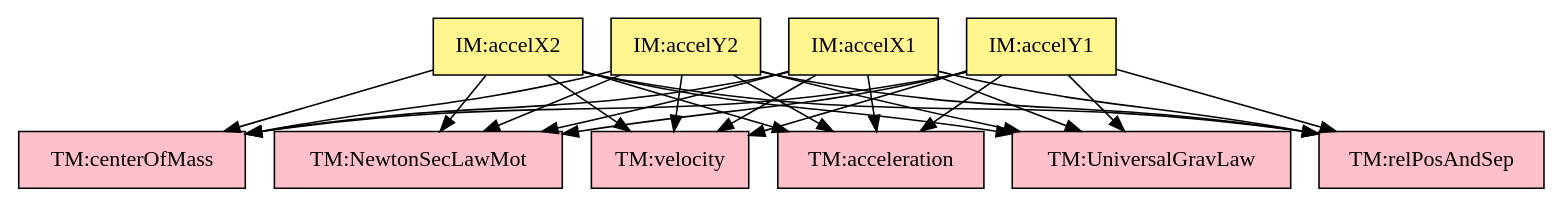
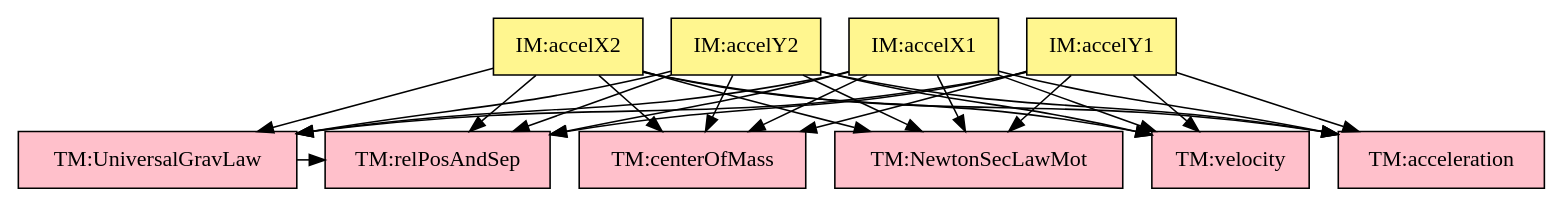
One commit to Xinlu-Y/Drasil changed the diagram in code/stable/bss/TraceyGraph/refvsref.dot. Above: the diagram before and after it, drawn with Graphviz. The commit also changed 11 other files, not shown here.

```diff
--- a/code/stable/bss/TraceyGraph/refvsref.dot
+++ b/code/stable/bss/TraceyGraph/refvsref.dot
@@ -1,50 +1,51 @@
 digraph refvsref {
+	"theory:fOfGravity" -> "theory:r_12";
 	"theory:accelIMX1" -> "theory:centerOfMassCS";
 	"theory:accelIMX1" -> "theory:newtonSL";
 	"theory:accelIMX1" -> "theory:velocityTM";
 	"theory:accelIMX1" -> "theory:accelerationTM";
-	"theory:accelIMX1" -> "theory:force";
+	"theory:accelIMX1" -> "theory:fOfGravity";
 	"theory:accelIMX1" -> "theory:r_12";
 	"theory:accelIMY1" -> "theory:centerOfMassCS";
 	"theory:accelIMY1" -> "theory:newtonSL";
 	"theory:accelIMY1" -> "theory:velocityTM";
 	"theory:accelIMY1" -> "theory:accelerationTM";
-	"theory:accelIMY1" -> "theory:force";
+	"theory:accelIMY1" -> "theory:fOfGravity";
 	"theory:accelIMY1" -> "theory:r_12";
 	"theory:accelIMX2" -> "theory:centerOfMassCS";
 	"theory:accelIMX2" -> "theory:newtonSL";
 	"theory:accelIMX2" -> "theory:velocityTM";
 	"theory:accelIMX2" -> "theory:accelerationTM";
-	"theory:accelIMX2" -> "theory:force";
+	"theory:accelIMX2" -> "theory:fOfGravity";
 	"theory:accelIMX2" -> "theory:r_12";
 	"theory:accelIMY2" -> "theory:centerOfMassCS";
 	"theory:accelIMY2" -> "theory:newtonSL";
 	"theory:accelIMY2" -> "theory:velocityTM";
 	"theory:accelIMY2" -> "theory:accelerationTM";
-	"theory:accelIMY2" -> "theory:force";
+	"theory:accelIMY2" -> "theory:fOfGravity";
 	"theory:accelIMY2" -> "theory:r_12";
 
 
 	"theory:centerOfMassCS"	[shape=box, color=black, style=filled, fillcolor=pink, label="TM:centerOfMass"];
 	"theory:newtonSL"	[shape=box, color=black, style=filled, fillcolor=pink, label="TM:NewtonSecLawMot"];
 	"theory:velocityTM"	[shape=box, color=black, style=filled, fillcolor=pink, label="TM:velocity"];
 	"theory:accelerationTM"	[shape=box, color=black, style=filled, fillcolor=pink, label="TM:acceleration"];
-	"theory:force"	[shape=box, color=black, style=filled, fillcolor=pink, label="TM:UniversalGravLaw"];
+	"theory:fOfGravity"	[shape=box, color=black, style=filled, fillcolor=pink, label="TM:UniversalGravLaw"];
 	"theory:r_12"	[shape=box, color=black, style=filled, fillcolor=pink, label="TM:relPosAndSep"];
 
 	subgraph TM {
 	rank="same"
-	{"theory:centerOfMassCS", "theory:newtonSL", "theory:velocityTM", "theory:accelerationTM", "theory:force", "theory:r_12"}
+	{"theory:centerOfMassCS", "theory:newtonSL", "theory:velocityTM", "theory:accelerationTM", "theory:fOfGravity", "theory:r_12"}
 	}
 
 	"theory:accelIMX1"	[shape=box, color=black, style=filled, fillcolor=khaki1, label="IM:accelX1"];
 	"theory:accelIMY1"	[shape=box, color=black, style=filled, fillcolor=khaki1, label="IM:accelY1"];
 	"theory:accelIMX2"	[shape=box, color=black, style=filled, fillcolor=khaki1, label="IM:accelX2"];
 	"theory:accelIMY2"	[shape=box, color=black, style=filled, fillcolor=khaki1, label="IM:accelY2"];
 
 	subgraph IM {
 	rank="same"
 	{"theory:accelIMX1", "theory:accelIMY1", "theory:accelIMX2", "theory:accelIMY2"}
 	}
 
 }
```
